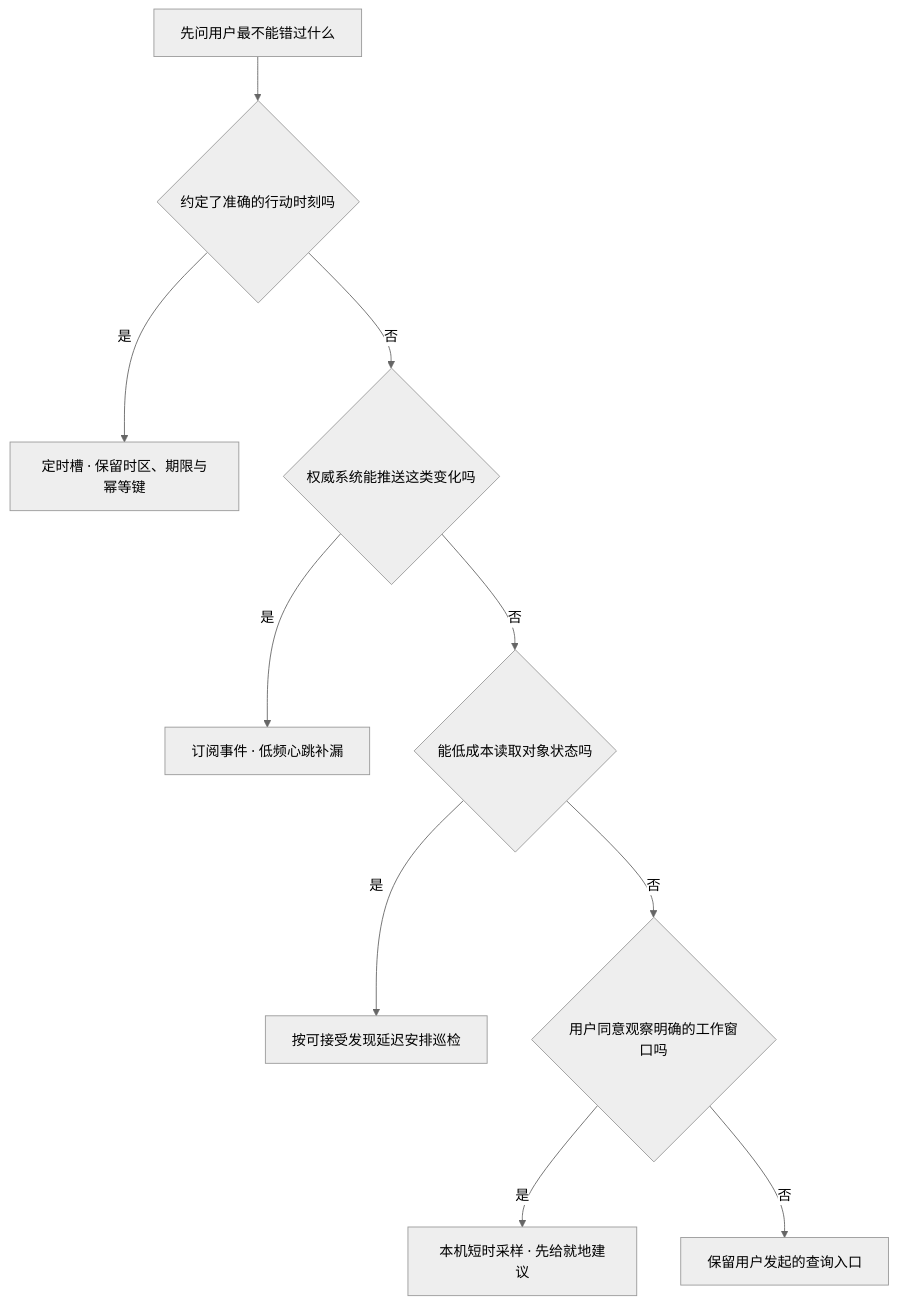
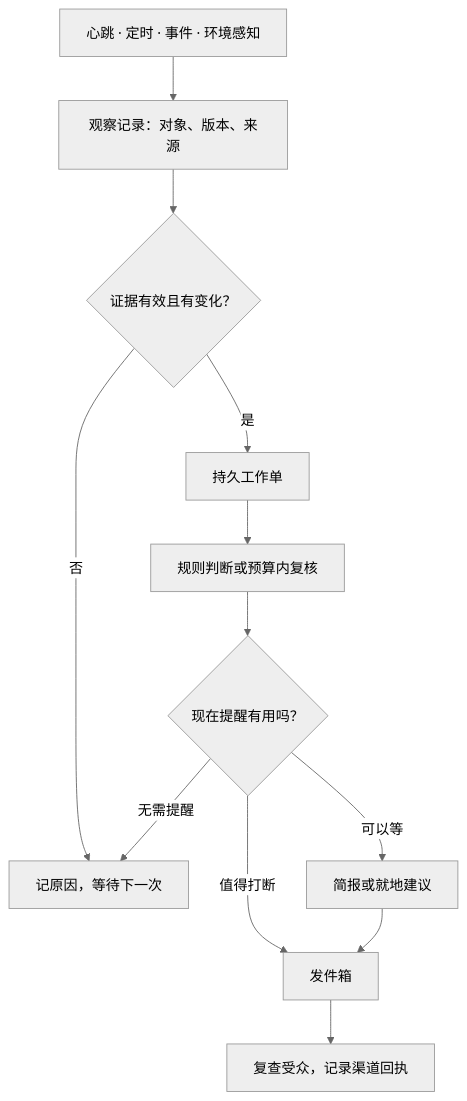
Before and after one commit to echonoshy/agent-engineering-handbook: the diagram in 06-proactive-and-personal-agent/01-proactive-agent-and-background-autonomy.md, drawn with Mermaid (neutral theme). The commit also changed other lines of this file and 21 other files, not shown here.

````diff
--- a/06-proactive-and-personal-agent/01-proactive-agent-and-background-autonomy.md
+++ b/06-proactive-and-personal-agent/01-proactive-agent-and-background-autonomy.md
@@ -431,12 +7,14 @@
 ```mermaid
 flowchart TD
-    A["先问用户最不能错过什么"] --> B{"约定了准确的行动时刻吗"}
-    B -->|是| T["定时槽 · 保留时区、期限与幂等键"]
-    B -->|否| C{"权威系统能推送这类变化吗"}
-    C -->|是| E["订阅事件 · 低频心跳补漏"]
-    C -->|否| D{"能低成本读取对象状态吗"}
-    D -->|是| H["按可接受发现延迟安排巡检"]
-    D -->|否| F{"用户同意观察明确的工作窗口吗"}
-    F -->|是| S["本机短时采样 · 先给就地建议"]
-    F -->|否| R["保留用户发起的查询入口"]
+    A["心跳 · 定时 · 事件 · 环境感知"] --> B["观察记录：对象、版本、来源"]
+    B --> C{"证据有效且有变化？"}
+    C -->|否| L["记原因，等待下一次"]
+    C -->|是| J["持久工作单"]
+    J --> R["规则判断或预算内复核"]
+    R --> G{"现在提醒有用吗？"}
+    G -->|可以等| D["简报或就地建议"]
+    G -->|无需提醒| L
+    G -->|值得打断| O["发件箱"]
+    D --> O
+    O --> V["复查受众，记录渠道回执"]
 ```
````
